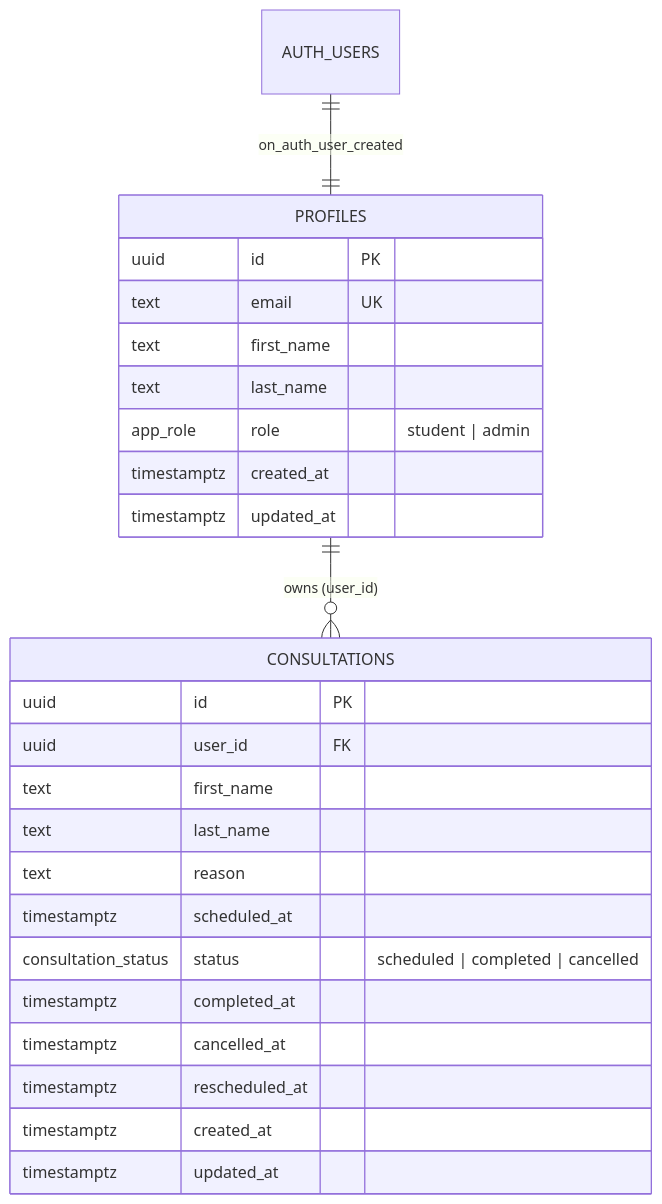
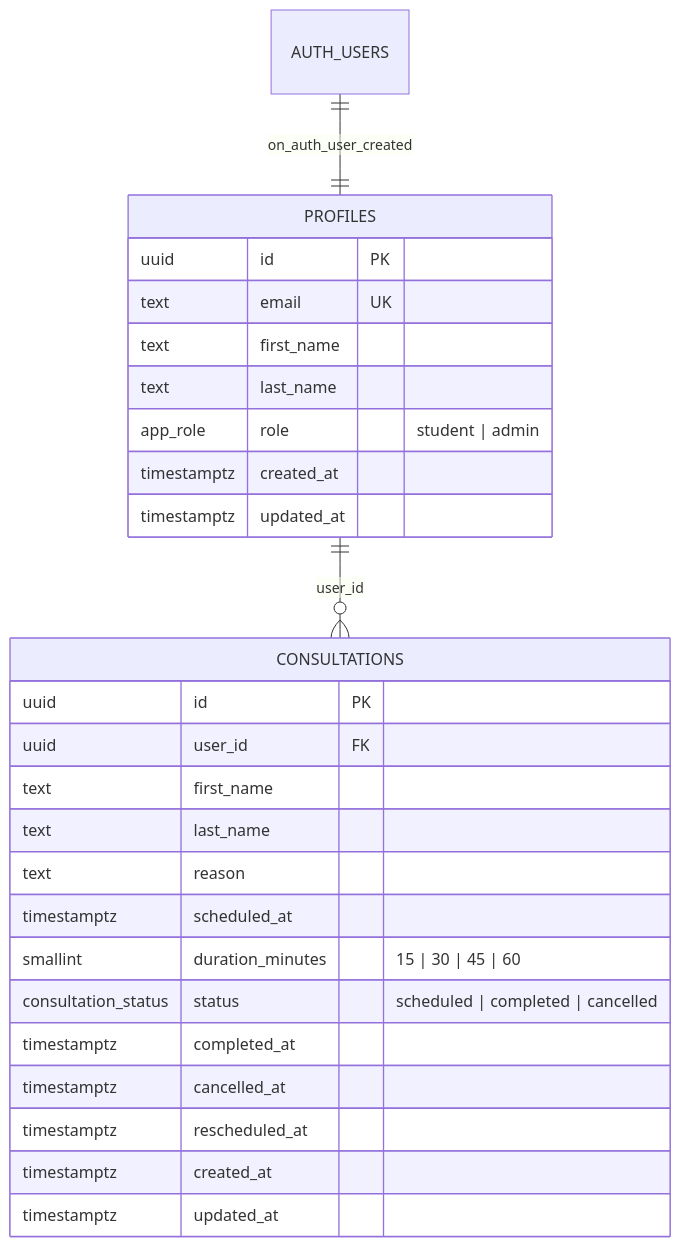
One commit to junyao-d/contour-mini-lms changed the diagram in README.md. Above: the diagram before and after it, drawn with Mermaid. The commit also changed other lines of this file, not shown here.

````diff
--- a/README.md
+++ b/README.md
@@ -198,30 +74,31 @@
 ```mermaid
 erDiagram
     AUTH_USERS ||--|| PROFILES : "on_auth_user_created"
-    PROFILES ||--o{ CONSULTATIONS : "owns (user_id)"
+    PROFILES ||--o{ CONSULTATIONS : "user_id"
 
     PROFILES {
         uuid id PK
         text email UK
         text first_name
         text last_name
         app_role role "student | admin"
         timestamptz created_at
         timestamptz updated_at
     }
 
     CONSULTATIONS {
         uuid id PK
         uuid user_id FK
         text first_name
         text last_name
         text reason
         timestamptz scheduled_at
+        smallint duration_minutes "15 | 30 | 45 | 60"
         consultation_status status "scheduled | completed | cancelled"
         timestamptz completed_at
         timestamptz cancelled_at
         timestamptz rescheduled_at
         timestamptz created_at
         timestamptz updated_at
     }
 ```
````
